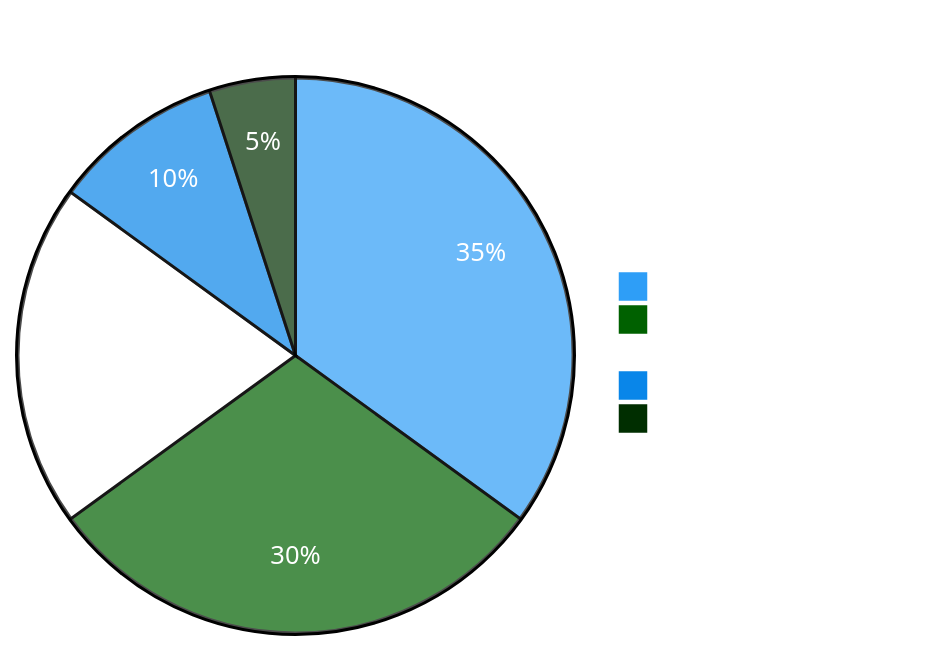
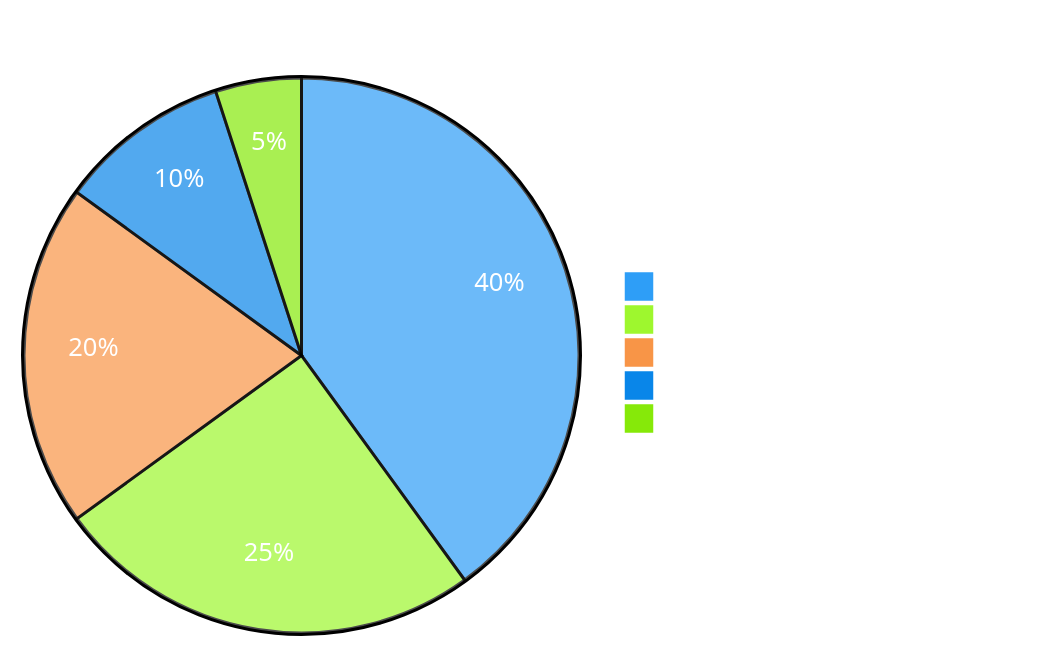
The second of 3 diagrams in README.md (RogerCipa7/RogerCipa7), drawn with Mermaid before and after one commit. The commit also changed other lines of this file, not shown here.

````diff
--- a/README.md
+++ b/README.md
@@ -171,9 +226,9 @@
 ```mermaid
-%%{init: {'theme':'base', 'themeVariables': { 'primaryColor':'#2E9EF7', 'primaryTextColor':'#fff', 'primaryBorderColor':'#1a75d2', 'lineColor':'#F8B229', 'secondaryColor':'#006100', 'tertiaryColor':'#fff'}}}%%
-pie title "Mi Enfoque Profesional Actual"
-    "Análisis de Datos & BI" : 35
-    "Desarrollo Full Stack" : 30
-    "Administración de BD" : 20
-    "Automatización Python" : 10
-    "Cloud & DevOps" : 5
+%%{init: {'theme':'base', 'themeVariables': {'primaryColor':'#2E9EF7','primaryTextColor':'#fff','primaryBorderColor':'#1a75d2','lineColor':'#F8B229'}}}%%
+pie title "Distribución de Especialización"
+    "Frontend (React/Next/Angular)" : 40
+    "Full Stack & Backend" : 25
+    "Bases de Datos" : 20
+    "Data & Automatización" : 10
+    "DevOps & Cloud" : 5
 ```
````
